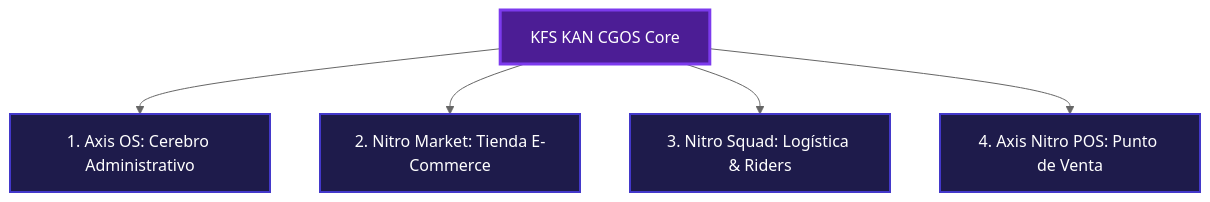
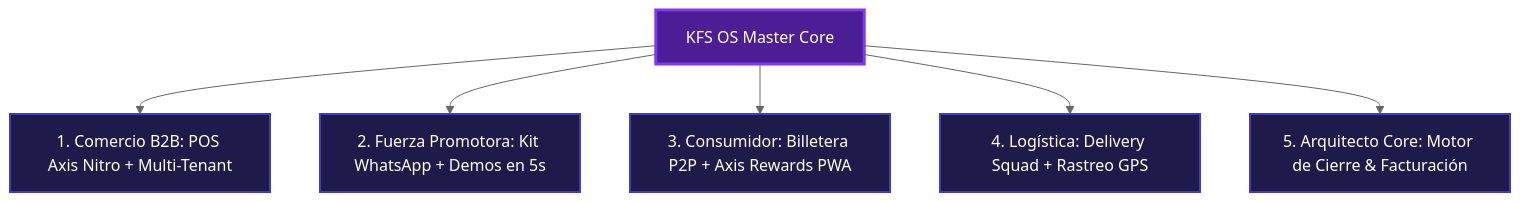
Before and after one commit to nextgendynamicai-sudo/kfs-os: the diagram in WHITE_PAPER_MANUAL.md, drawn with Mermaid (neutral theme). The commit also changed other lines of this file and 5 other files, not shown here.

Commit message:
feat(architect): add live demo pitch manager, commercial activation engine, first-login password enforcement, and expanded white paper

````diff
--- a/WHITE_PAPER_MANUAL.md
+++ b/WHITE_PAPER_MANUAL.md
@@ -44,15 +35,17 @@
 ```mermaid
 graph TD
-    KFS[KFS KAN CGOS Core]
+    KFS[KFS OS Master Core]
     
-    KFS --> AXIS_OS[1. Axis OS: Cerebro Administrativo]
-    KFS --> NITRO_MKT[2. Nitro Market: Tienda E-Commerce]
-    KFS --> NITRO_SQD[3. Nitro Squad: Logística & Riders]
-    KFS --> NITRO_POS[4. Axis Nitro POS: Punto de Venta]
+    KFS --> COMMERCE[1. Comercio B2B: POS Axis Nitro + Multi-Tenant]
+    KFS --> PROMO[2. Fuerza Promotora: Kit WhatsApp + Demos en 5s]
+    KFS --> CUSTOMER[3. Consumidor: Billetera P2P + Axis Rewards PWA]
+    KFS --> SQUAD[4. Logística: Delivery Squad + Rastreo GPS]
+    KFS --> ARCHITECT[5. Arquitecto Core: Motor de Cierre & Facturación]
 
     style KFS fill:#4c1d95,stroke:#7c3aed,stroke-width:3px,color:#fff
-    style AXIS_OS fill:#1e1b4b,stroke:#4338ca,stroke-width:2px,color:#fff
-    style NITRO_MKT fill:#1e1b4b,stroke:#4338ca,stroke-width:2px,color:#fff
-    style NITRO_SQD fill:#1e1b4b,stroke:#4338ca,stroke-width:2px,color:#fff
-    style NITRO_POS fill:#1e1b4b,stroke:#4338ca,stroke-width:2px,color:#fff
+    style COMMERCE fill:#1e1b4b,stroke:#4338ca,stroke-width:2px,color:#fff
+    style PROMO fill:#1e1b4b,stroke:#4338ca,stroke-width:2px,color:#fff
+    style CUSTOMER fill:#1e1b4b,stroke:#4338ca,stroke-width:2px,color:#fff
+    style SQUAD fill:#1e1b4b,stroke:#4338ca,stroke-width:2px,color:#fff
+    style ARCHITECT fill:#1e1b4b,stroke:#4338ca,stroke-width:2px,color:#fff
 ```
````
